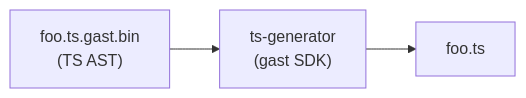
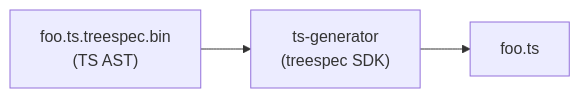
The fourth of 6 diagrams in docs/USE-CASES.md (UnstoppableMango/gast), drawn with Mermaid before and after one commit. The commit also changed other lines of this file and 15 other files, not shown here.

````diff
--- a/docs/USE-CASES.md
+++ b/docs/USE-CASES.md
@@ -81,5 +81,5 @@
 ```mermaid
 flowchart LR
-    in["foo.ts.gast.bin\n(TS AST)"] --> tool["ts-generator\n(gast SDK)"]
+    in["foo.ts.treespec.bin\n(TS AST)"] --> tool["ts-generator\n(treespec SDK)"]
     tool --> out["foo.ts"]
 ```
````
